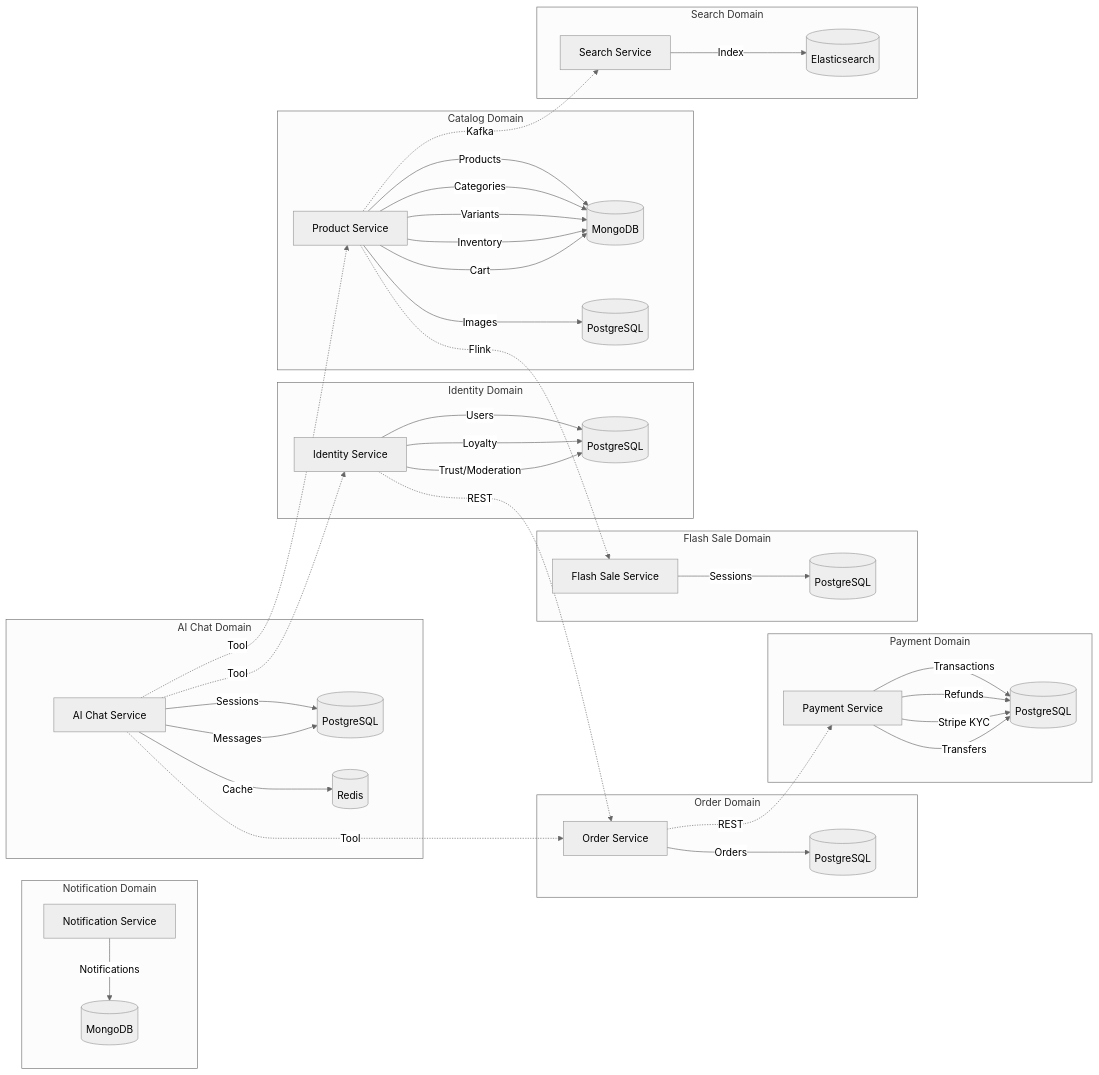
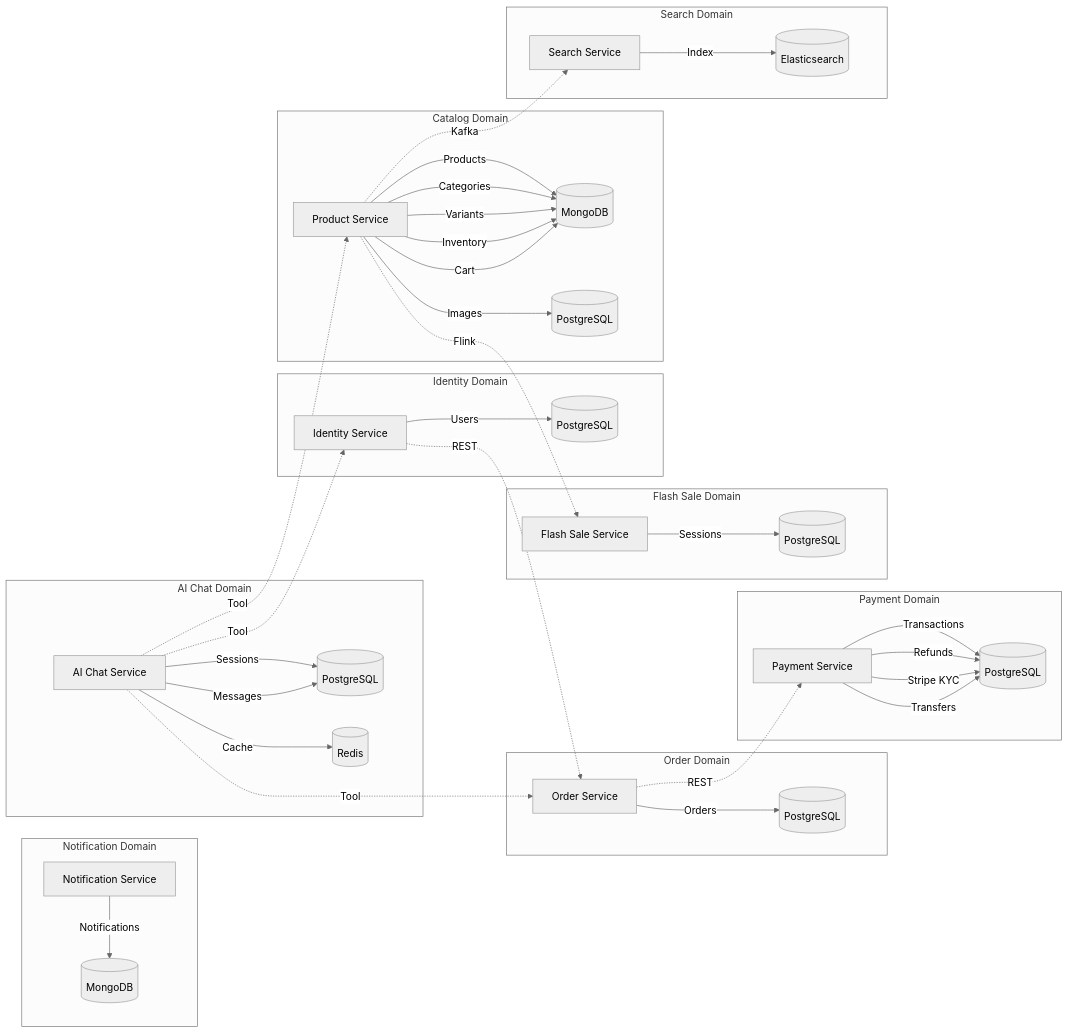
Before and after one commit to ldqanh1408/stealing-from-paradise: the fourth of 4 diagrams in docs/diagrams/00_service_architecture.md, drawn with Mermaid (neutral theme). The commit also changed other lines of this file and 52 other files, not shown here.

````diff
--- a/docs/diagrams/00_service_architecture.md
+++ b/docs/diagrams/00_service_architecture.md
@@ -194,62 +194,60 @@
 ```mermaid
 flowchart LR
     subgraph "Identity Domain"
         IS[Identity Service]
         IS -->|Users| PG1[(PostgreSQL)]
-        IS -->|Loyalty| PG1
-        IS -->|Trust/Moderation| PG1
     end
 
     subgraph "Catalog Domain"
         PS[Product Service]
         PS -->|Products| MG1[(MongoDB)]
         PS -->|Categories| MG1
         PS -->|Variants| MG1
         PS -->|Inventory| MG1
         PS -->|Cart| MG1
         PS -->|Images| PG2[(PostgreSQL)]
     end
 
     subgraph "Order Domain"
         OS[Order Service]
         OS -->|Orders| PG3[(PostgreSQL)]
     end
 
     subgraph "Payment Domain"
         PM[Payment Service]
         PM -->|Transactions| PG4[(PostgreSQL)]
         PM -->|Refunds| PG4
         PM -->|Stripe KYC| PG4
         PM -->|Transfers| PG4
     end
 
     subgraph "Flash Sale Domain"
         FS[Flash Sale Service]
         FS -->|Sessions| PG5[(PostgreSQL)]
     end
 
     subgraph "Search Domain"
         SS[Search Service]
         SS -->|Index| ES[(Elasticsearch)]
     end
 
     subgraph "Notification Domain"
         NS[Notification Service]
         NS -->|Notifications| MG2[(MongoDB)]
     end
 
     subgraph "AI Chat Domain"
         AI[AI Chat Service]
         AI -->|Sessions| PG6[(PostgreSQL)]
         AI -->|Messages| PG6
         AI -->|Cache| RS[(Redis)]
     end
 
     IS -.->|REST| OS
     OS -.->|REST| PM
     PS -.->|Kafka| SS
     PS -.->|Flink| FS
     AI -.->|Tool| OS
     AI -.->|Tool| PS
     AI -.->|Tool| IS
 ```
````
